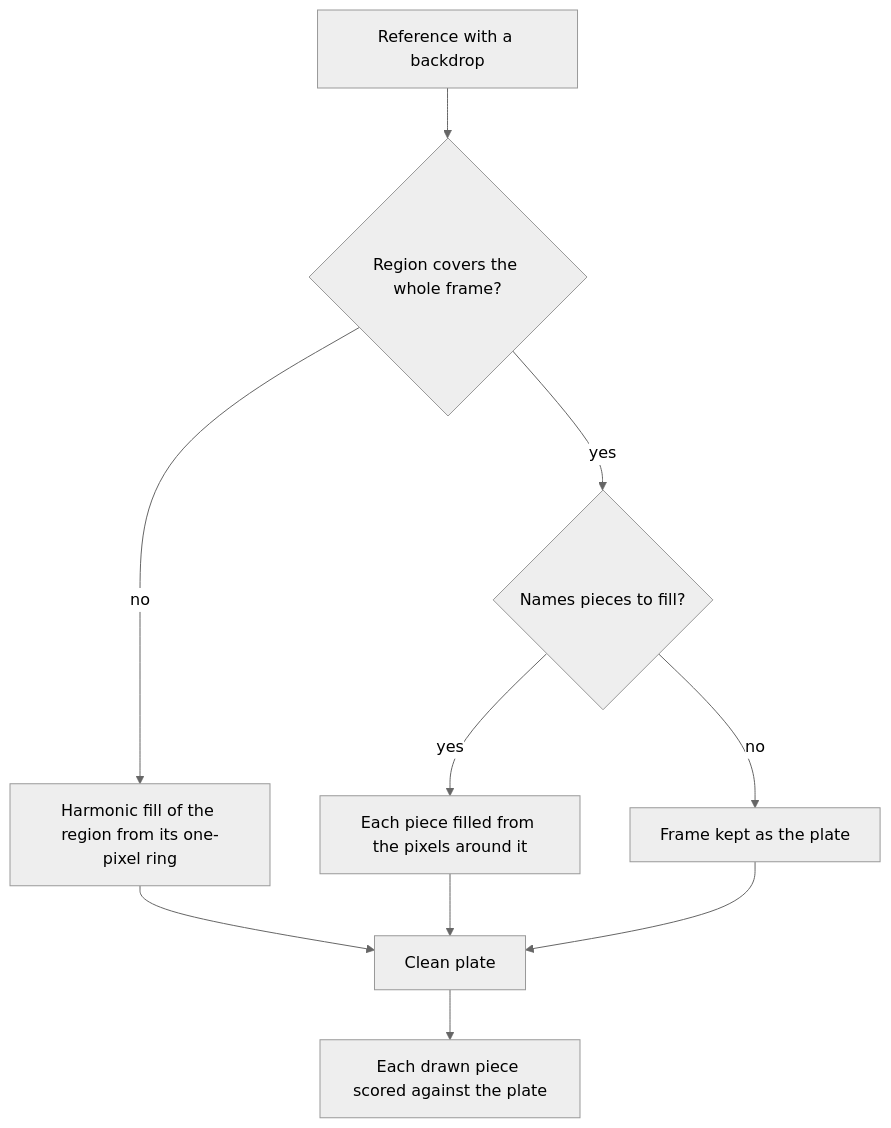
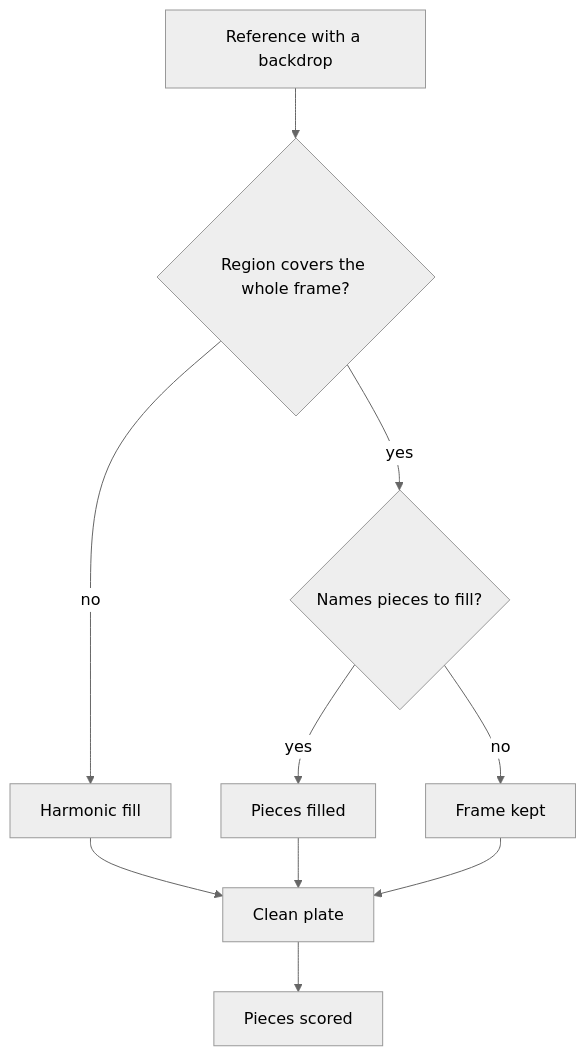
One commit to Esposter/Esposter changed the diagram in openspec/specs/genshin/parity/clean-plate/design.md. Above: the diagram before and after it, drawn with Mermaid (neutral theme). The commit also changed other lines of this file and 11 other files, not shown here.

````diff
--- a/openspec/specs/genshin/parity/clean-plate/design.md
+++ b/openspec/specs/genshin/parity/clean-plate/design.md
@@ -7,12 +7,12 @@
 ```mermaid
 flowchart TD
   REF["Reference with a backdrop"] --> FULL{"Region covers the whole frame?"}
-  FULL -->|no| FILL["Harmonic fill of the region from its one-pixel ring"]
+  FULL -->|no| FILL["Harmonic fill"]
   FULL -->|yes| NAMED{"Names pieces to fill?"}
-  NAMED -->|yes| PIECES["Each piece filled from the pixels around it"]
-  NAMED -->|no| FRAME["Frame kept as the plate"]
+  NAMED -->|yes| PIECES["Pieces filled"]
+  NAMED -->|no| FRAME["Frame kept"]
   FILL --> PLATE["Clean plate"]
   PIECES --> PLATE
   FRAME --> PLATE
-  PLATE --> SCORE["Each drawn piece scored against the plate"]
+  PLATE --> SCORE["Pieces scored"]
 ```
````
